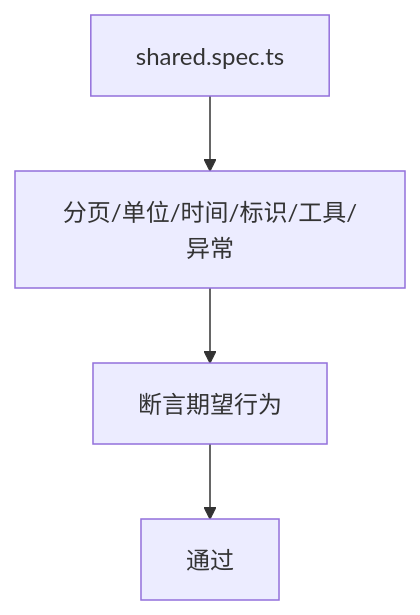
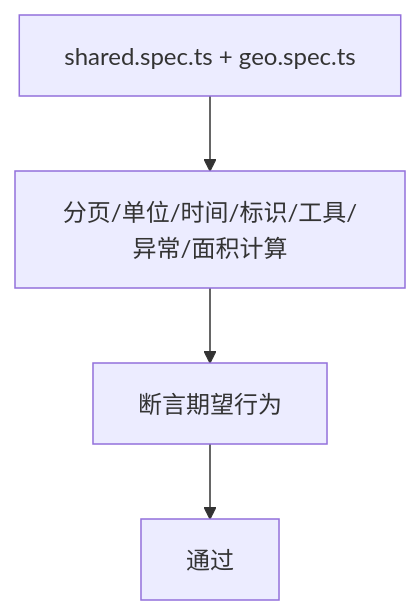
One commit to q446328246/agri-platform changed diagram 11 of 11 in .qoder/repowiki/zh/content/公共包文档/共享工具包 (@agri_shared).md. Above: the diagram before and after it, drawn with Mermaid. The commit also changed other lines of this file and 52 other files, not shown here.

````diff
--- a/.qoder/repowiki/zh/content/公共包文档/共享工具包 (@agri_shared).md
+++ b/.qoder/repowiki/zh/content/公共包文档/共享工具包 (@agri_shared).md
@@ -369,6 +433,6 @@
 ```mermaid
 flowchart TD
-Test["shared.spec.ts"] --> Cases["分页/单位/时间/标识/工具/异常"]
+Test["shared.spec.ts + geo.spec.ts"] --> Cases["分页/单位/时间/标识/工具/异常/面积计算"]
 Cases --> Verify["断言期望行为"]
 Verify --> Pass["通过"]
 ```
````
